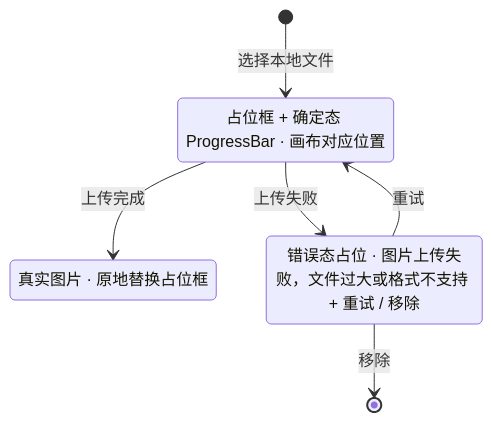
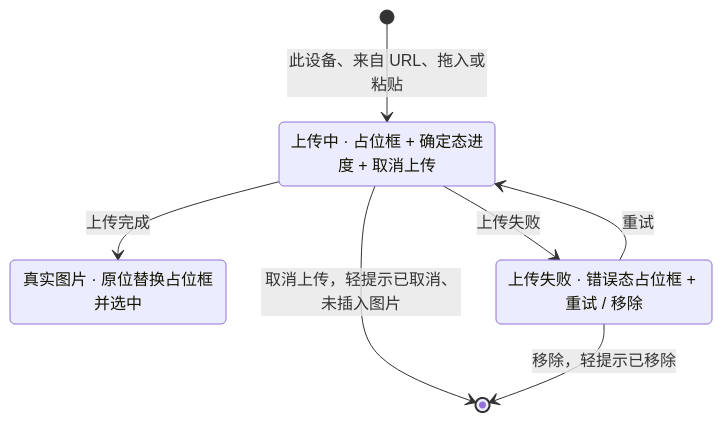
The third of 3 diagrams in docs/20-design/03-screens/04-insert-menu.md (Xeonice/cordis-ppt-editor), drawn with Mermaid before and after one commit. The commit also changed other lines of this file and 44 other files, not shown here.

````diff
--- a/docs/20-design/03-screens/04-insert-menu.md
+++ b/docs/20-design/03-screens/04-insert-menu.md
@@ -146,11 +314,12 @@
 ```mermaid
 stateDiagram-v2
-  state "占位框 + 确定态 ProgressBar · 画布对应位置" as uploading
-  state "真实图片 · 原地替换占位框" as done
-  state "错误态占位 · 图片上传失败，文件过大或格式不支持 + 重试 / 移除" as failed
-  [*] --> uploading : 选择本地文件
+  state "上传中 · 占位框 + 确定态进度 + 取消上传" as uploading
+  state "真实图片 · 原位替换占位框并选中" as done
+  state "上传失败 · 错误态占位框 + 重试 / 移除" as failed
+  [*] --> uploading : 此设备、来自 URL、拖入或粘贴
   uploading --> done : 上传完成
   uploading --> failed : 上传失败
+  uploading --> [*] : 取消上传，轻提示已取消、未插入图片
   failed --> uploading : 重试
-  failed --> [*] : 移除
+  failed --> [*] : 移除，轻提示已移除
 ```
````
